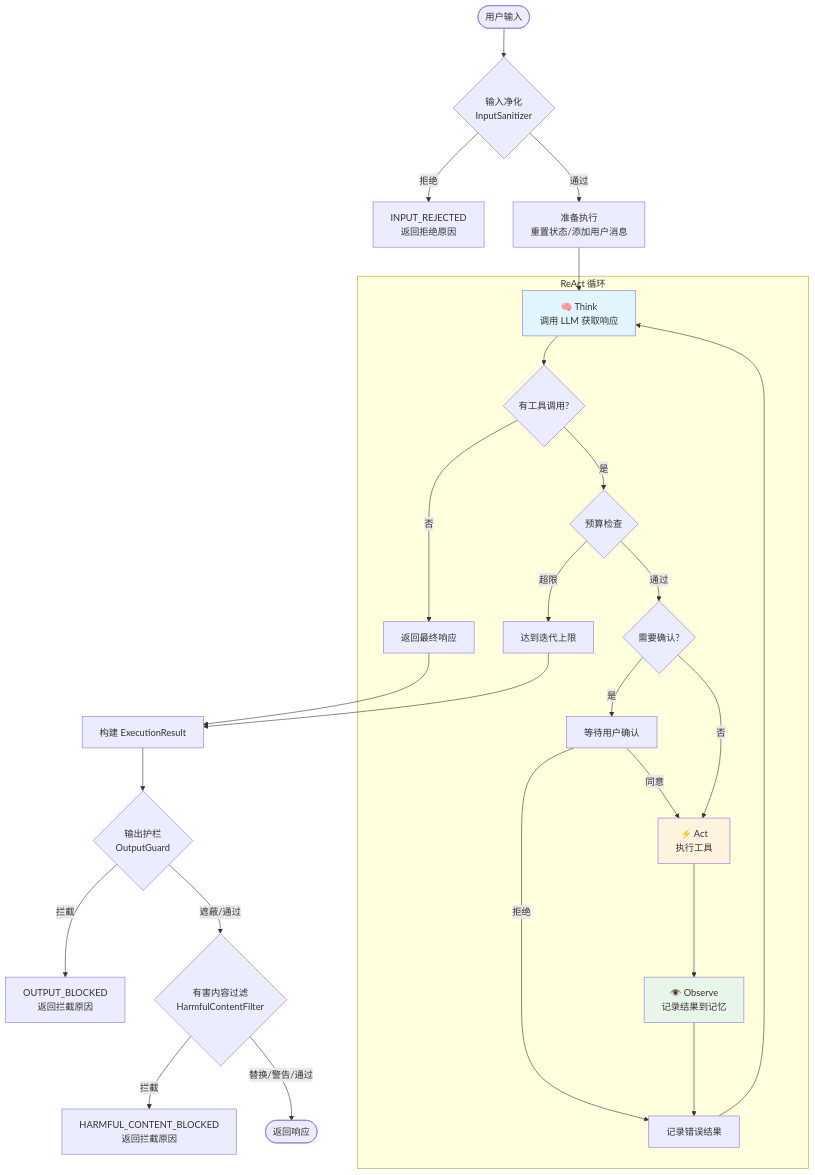
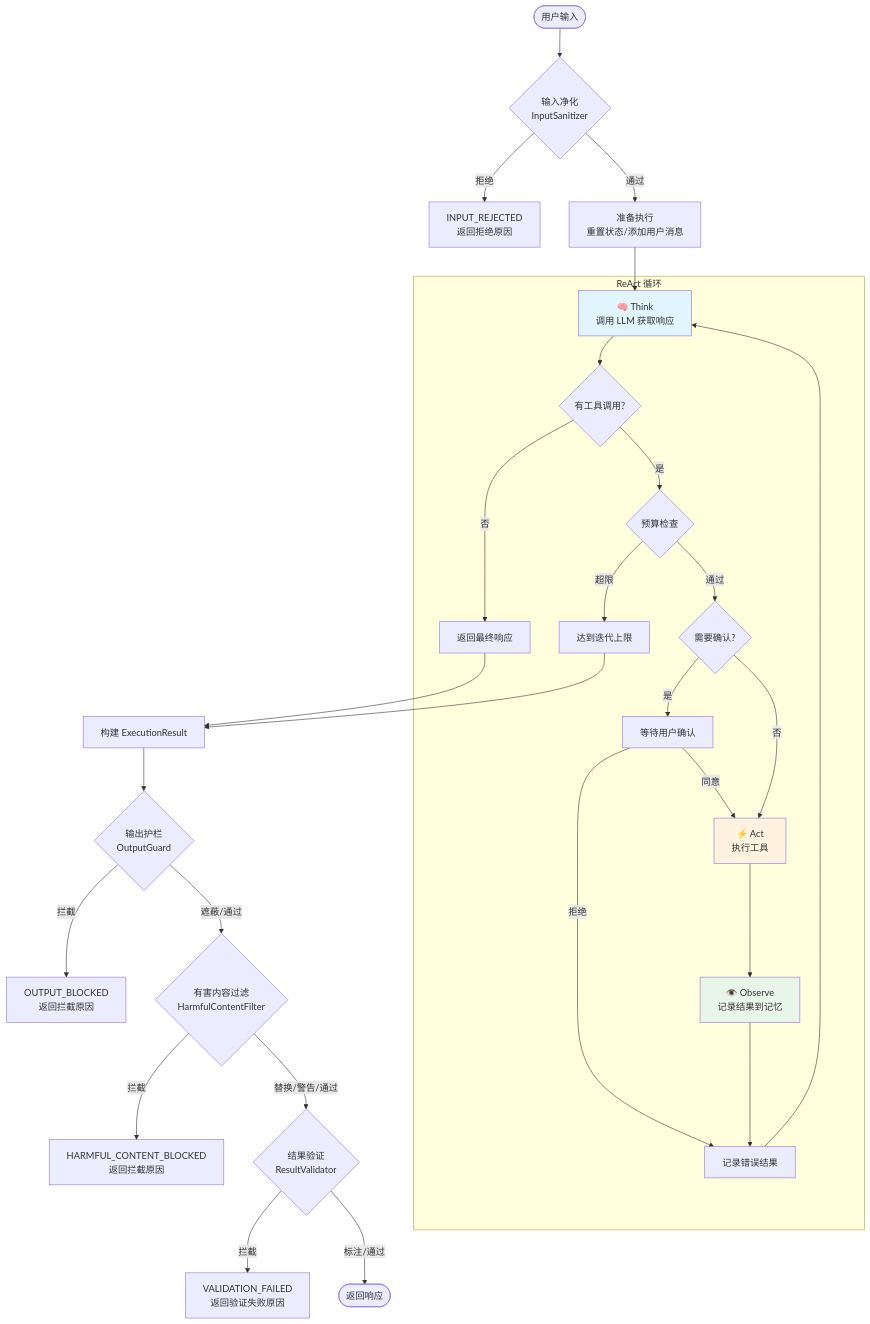
One commit to Tobytywang/NanoAgent changed the third of 4 diagrams in docs/architecture.md. Above: the diagram before and after it, drawn with Mermaid. The commit also changed other lines of this file and 16 other files, not shown here.

````diff
--- a/docs/architecture.md
+++ b/docs/architecture.md
@@ -244,39 +245,41 @@
 ```mermaid
 flowchart TD
     START([用户输入]) --> SANITIZE{输入净化<br/>InputSanitizer}
     SANITIZE -->|拒绝| REJECTED[INPUT_REJECTED<br/>返回拒绝原因]
     SANITIZE -->|通过| PREP[准备执行<br/>重置状态/添加用户消息]
     PREP --> THINK
 
     subgraph Loop["ReAct 循环"]
         THINK["🧠 Think<br/>调用 LLM 获取响应"]
         THINK --> CHECK{有工具调用?}
         CHECK -->|否| FINAL[返回最终响应]
         CHECK -->|是| BUDGET{预算检查}
 
         BUDGET -->|超限| MAX[达到迭代上限]
         BUDGET -->|通过| CONFIRM{需要确认?}
 
         CONFIRM -->|是| USER_CONFIRM[等待用户确认]
         USER_CONFIRM -->|拒绝| OBSERVE_ERROR[记录错误结果]
         USER_CONFIRM -->|同意| ACT
         CONFIRM -->|否| ACT
 
         ACT["⚡ Act<br/>执行工具"]
         ACT --> OBSERVE["👁️ Observe<br/>记录结果到记忆"]
         OBSERVE --> OBSERVE_ERROR
         OBSERVE_ERROR --> THINK
     end
 
     FINAL --> BUILD[构建 ExecutionResult]
     MAX --> BUILD
     BUILD --> GUARD{输出护栏<br/>OutputGuard}
     GUARD -->|拦截| BLOCKED[OUTPUT_BLOCKED<br/>返回拦截原因]
     GUARD -->|遮蔽/通过| HFILTER{有害内容过滤<br/>HarmfulContentFilter}
     HFILTER -->|拦截| HARMFUL_BLOCKED[HARMFUL_CONTENT_BLOCKED<br/>返回拦截原因]
-    HFILTER -->|替换/警告/通过| END([返回响应])
+    HFILTER -->|替换/警告/通过| RVALIDATOR{结果验证<br/>ResultValidator}
+    RVALIDATOR -->|拦截| VALIDATION_BLOCKED[VALIDATION_FAILED<br/>返回验证失败原因]
+    RVALIDATOR -->|标注/通过| END([返回响应])
 
     style THINK fill:#e1f5fe
     style ACT fill:#fff3e0
     style OBSERVE fill:#e8f5e9
 ```
````
